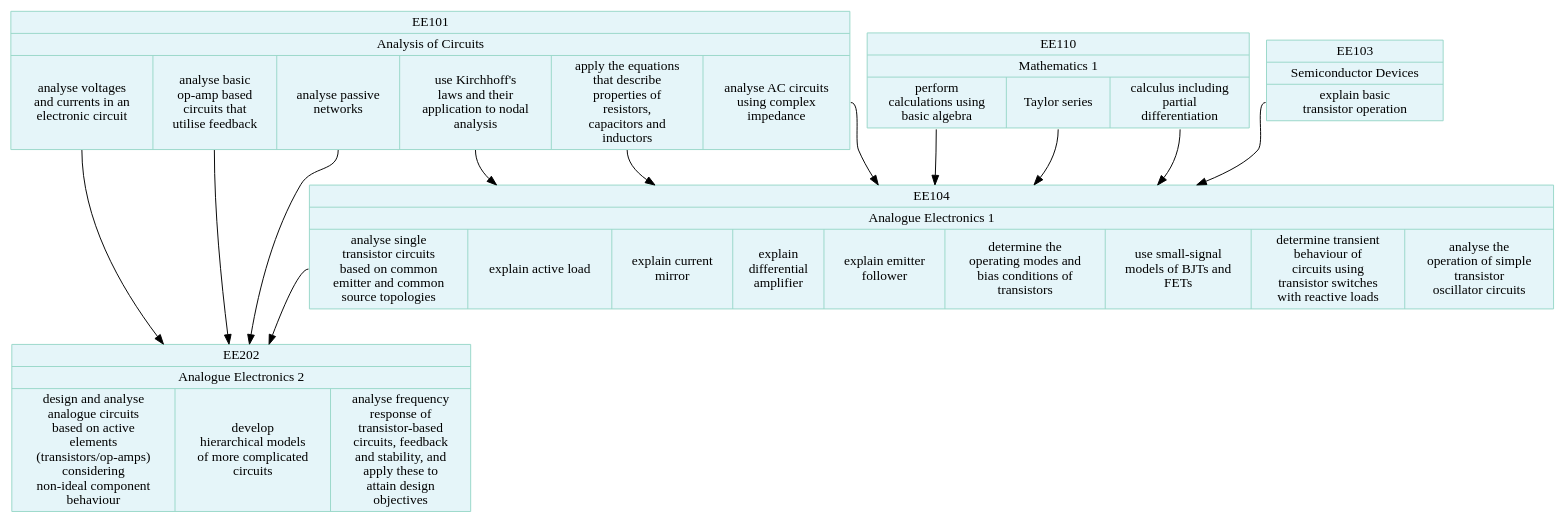
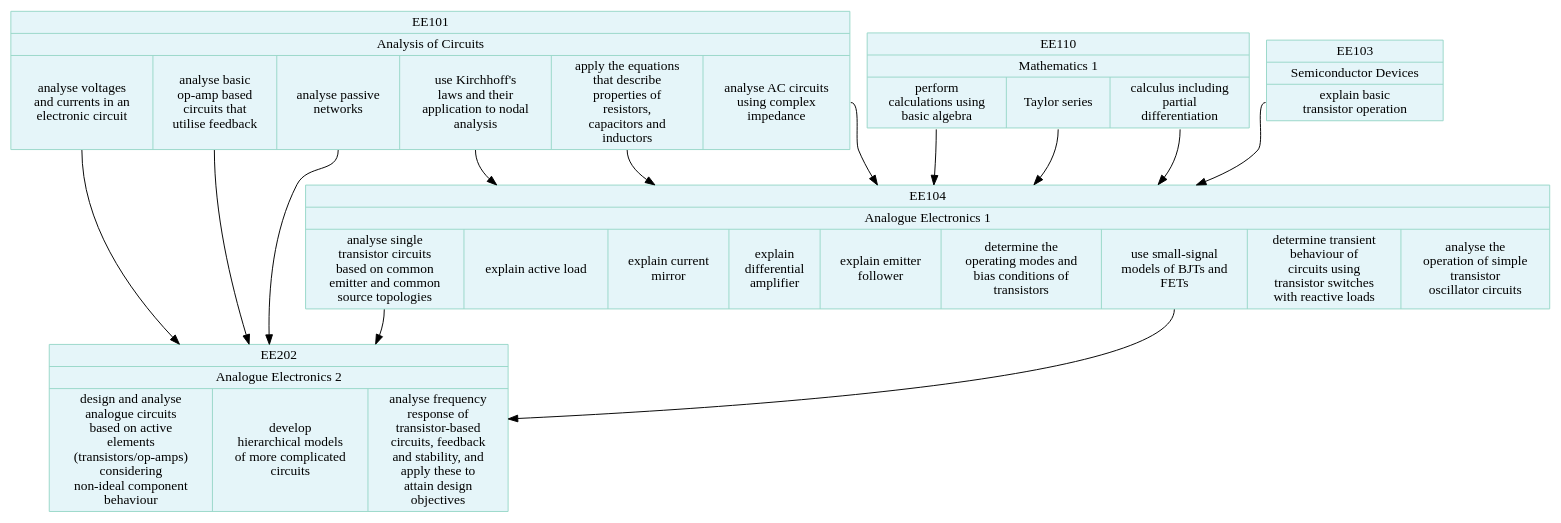
The diagram in modules.dot (johnwickerson/ee_modules), drawn with Graphviz before and after one commit. The commit also changed 1 other file, not shown here.

```diff
--- a/modules.dot
+++ b/modules.dot
@@ -1,53 +1,54 @@
 // This is an auto-generated file. Don't edit this file; edit `modules.yml` instead.
 
 digraph {
   node[shape=record, style="filled"];
   node[color="#99d8c9", fillcolor="#e5f5f9"];
   EE101 [label="{EE101 | Analysis of Circuits | {
     <1>analyse voltages\nand currents in an\nelectronic circuit |
     <2>analyse basic\nop-amp based\ncircuits that\nutilise feedback |
     <3>analyse passive\nnetworks |
     <4>use Kirchhoff's\nlaws and their\napplication to nodal\nanalysis |
     <5>apply the equations\nthat describe\nproperties of\nresistors,\ncapacitors and\ninductors |
     <6>analyse AC circuits\nusing complex\nimpedance
   }}"];
 
   EE110 [label="{EE110 | Mathematics 1 | {
     <1>perform\ncalculations using\nbasic algebra |
     <2>Taylor series |
     <3>calculus including\npartial\ndifferentiation
   }}"];
 
   EE103 [label="{EE103 | Semiconductor Devices | {
     <1>explain basic\ntransistor operation
   }}"];
 
   EE104 [label="{EE104 | Analogue Electronics 1 | {
     <1>analyse single\ntransistor circuits\nbased on common\nemitter and common\nsource topologies |
     <2>explain active load |
     <3>explain current\nmirror |
     <4>explain\ndifferential\namplifier |
     <5>explain emitter\nfollower |
     <6>determine the\noperating modes and\nbias conditions of\ntransistors |
     <7>use small-signal\nmodels of BJTs and\nFETs |
     <8>determine transient\nbehaviour of\ncircuits using\ntransistor switches\nwith reactive loads |
     <9>analyse the\noperation of simple\ntransistor\noscillator circuits
   }}"];
   EE101:4 -> EE104;
   EE101:5 -> EE104;
   EE101:6 -> EE104;
   EE110:1 -> EE104;
   EE110:2 -> EE104;
   EE110:3 -> EE104;
   EE103:1 -> EE104;
 
   EE202 [label="{EE202 | Analogue Electronics 2 | {
     <1>design and analyse\nanalogue circuits\nbased on active\nelements\n(transistors/op-amps)\nconsidering\nnon-ideal component\nbehaviour |
     <2>develop\nhierarchical models\nof more complicated\ncircuits |
     <3>analyse frequency\nresponse of\ntransistor-based\ncircuits, feedback\nand stability, and\napply these to\nattain design\nobjectives
   }}"];
   EE101:1 -> EE202;
   EE101:2 -> EE202;
   EE101:3 -> EE202;
   EE104:1 -> EE202;
+  EE104:7 -> EE202;
 }
```
